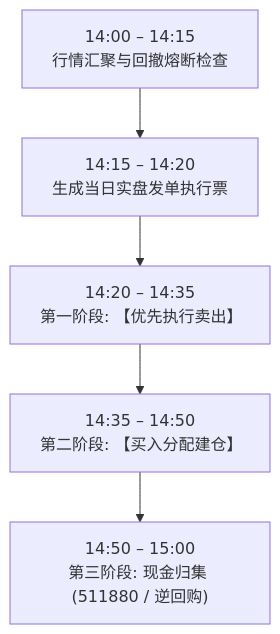
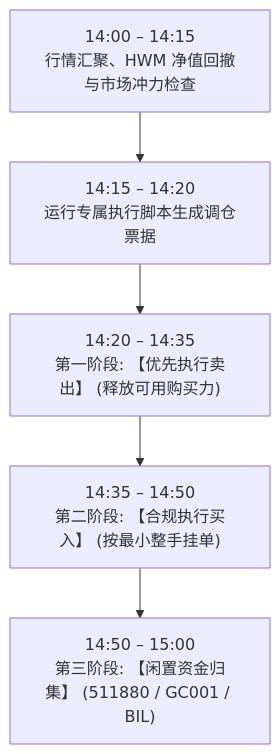
Before and after one commit to stonewell/quant_research: the second of 2 diagrams in docs/ruleset/chan_four_state_blend/live_deployment_guide_cn.md, drawn with Mermaid. The commit also changed other lines of this file and 6 other files, not shown here.

````diff
--- a/docs/ruleset/chan_four_state_blend/live_deployment_guide_cn.md
+++ b/docs/ruleset/chan_four_state_blend/live_deployment_guide_cn.md
@@ -27,7 +86,7 @@
 ```mermaid
 flowchart TD
-    T1["14:00 – 14:15<br>行情汇聚与回撤熔断检查"] --> T2["14:15 – 14:20<br>生成当日实盘发单执行票"]
-    T2 --> T3["14:20 – 14:35<br>第一阶段: 【优先执行卖出】"]
-    T3 --> T4["14:35 – 14:50<br>第二阶段: 【买入分配建仓】"]
-    T4 --> T5["14:50 – 15:00<br>第三阶段: 现金归集 (511880 / 逆回购)"]
+    T1["14:00 – 14:15<br>行情汇聚、HWM 净值回撤与市场冲力检查"] --> T2["14:15 – 14:20<br>运行专属执行脚本生成调仓票据"]
+    T2 --> T3["14:20 – 14:35<br>第一阶段: 【优先执行卖出】 (释放可用购买力)"]
+    T3 --> T4["14:35 – 14:50<br>第二阶段: 【合规执行买入】 (按最小整手挂单)"]
+    T4 --> T5["14:50 – 15:00<br>第三阶段: 【闲置资金归集】 (511880 / GC001 / BIL)"]
 ```
````
